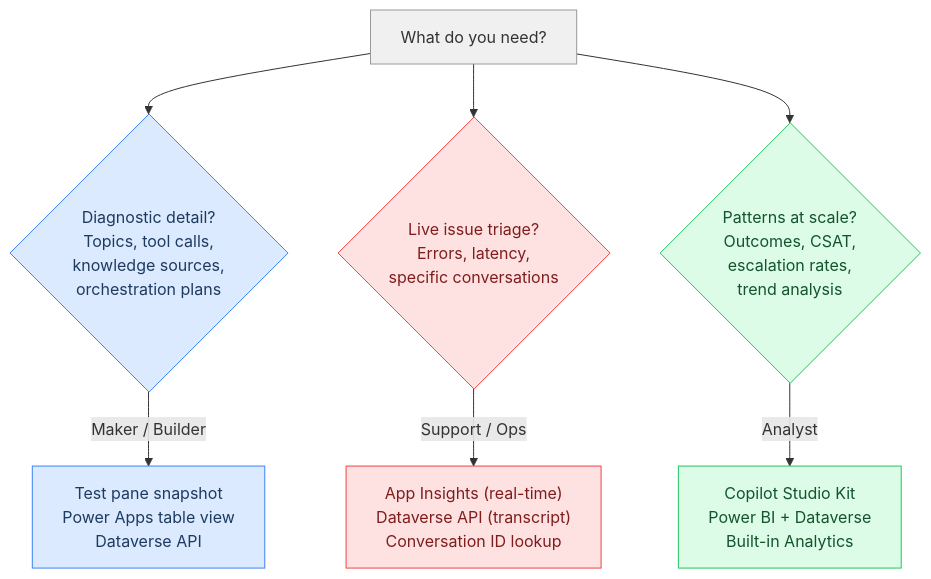
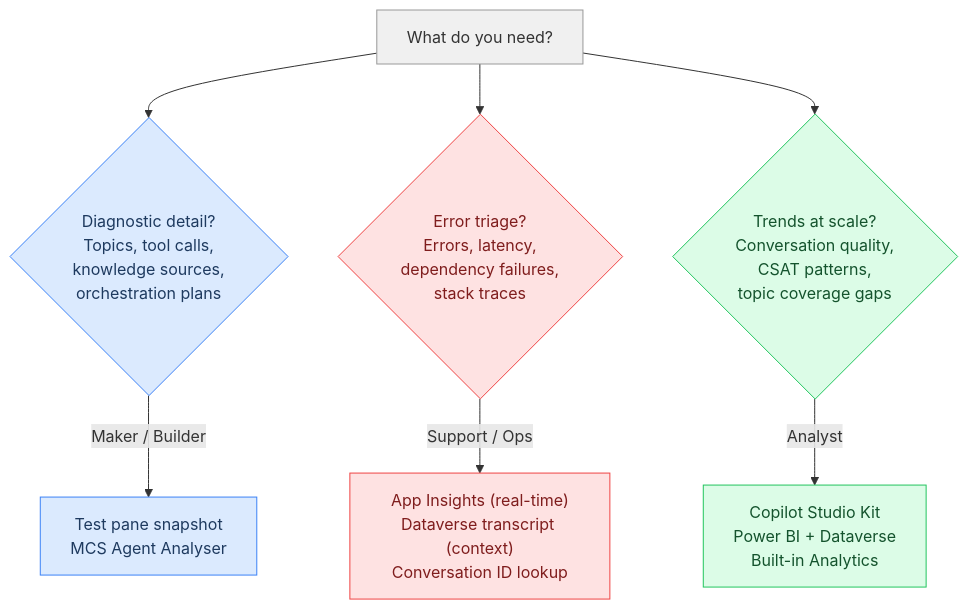
The first of 2 diagrams in _posts/2026-03-19-open-the-hood-copilot-studio-transcripts.md (microsoft/mcscatblog), drawn with Mermaid before and after one commit. The commit also changed other lines of this file and 2 other files, not shown here.

````diff
--- a/_posts/2026-03-19-open-the-hood-copilot-studio-transcripts.md
+++ b/_posts/2026-03-19-open-the-hood-copilot-studio-transcripts.md
@@ -35,15 +35,15 @@
 ```mermaid
 flowchart TD
     Q["What do you need?"]:::gray --> D{"Diagnostic detail?<br/>Topics, tool calls,<br/>knowledge sources,<br/>orchestration plans"}:::blue
-    Q --> A{"Live issue triage?<br/>Errors, latency,<br/>specific conversations"}:::red
-    Q --> O{"Patterns at scale?<br/>Outcomes, CSAT,<br/>escalation rates,<br/>trend analysis"}:::green
+    Q --> A{"Error triage?<br/>Errors, latency,<br/>dependency failures,<br/>stack traces"}:::red
+    Q --> O{"Trends at scale?<br/>Conversation quality,<br/>CSAT patterns,<br/>topic coverage gaps"}:::green
 
-    D --> |Maker / Builder| D1["Test pane snapshot<br/>Power Apps table view<br/>Dataverse API"]:::blue
-    A --> |Support / Ops| A1["App Insights (real-time)<br/>Dataverse API (transcript)<br/>Conversation ID lookup"]:::red
+    D --> |Maker / Builder| D1["Test pane snapshot<br/>MCS Agent Analyser"]:::blue
+    A --> |Support / Ops| A1["App Insights (real-time)<br/>Dataverse transcript (context)<br/>Conversation ID lookup"]:::red
     O --> |Analyst| O1["Copilot Studio Kit<br/>Power BI + Dataverse<br/>Built-in Analytics"]:::green
 
     classDef gray fill:#f0f0f0,stroke:#999,color:#333
     classDef blue fill:#dbeafe,stroke:#3b82f6,color:#1e3a5f
     classDef red fill:#fee2e2,stroke:#ef4444,color:#7f1d1d
     classDef green fill:#dcfce7,stroke:#22c55e,color:#14532d
 ```
````
